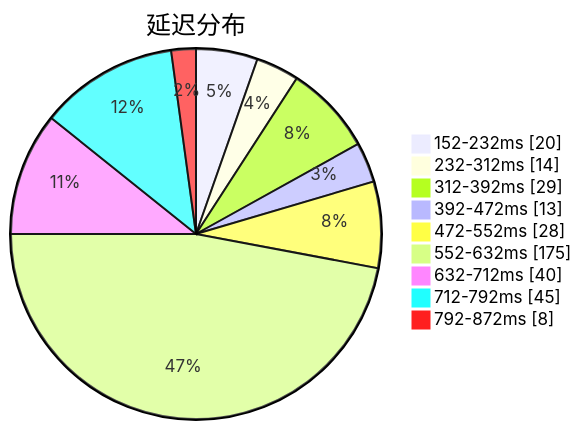
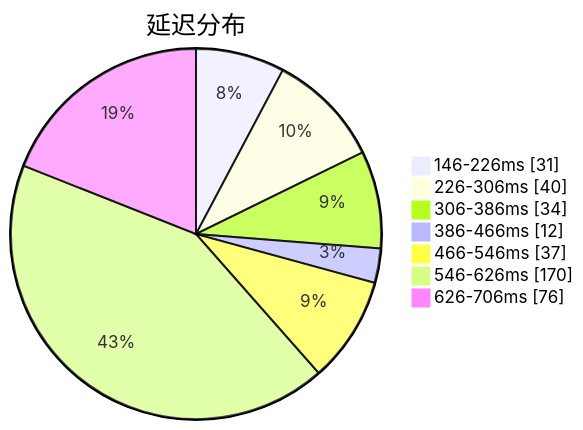
One commit to qjlxg/airport changed the first of 3 diagrams in subs/statistics/tested_within.md. Above: the diagram before and after it, drawn with Mermaid. The commit also changed other lines of this file and 2 other files, not shown here.

Commit message:
Tested by metaST

````diff
--- a/subs/statistics/tested_within.md
+++ b/subs/statistics/tested_within.md
@@ -2,13 +2,11 @@
 ```mermaid
 pie showData
 title 延迟分布
-"152-232ms" : 20
-"232-312ms" : 14
-"312-392ms" : 29
-"392-472ms" : 13
-"472-552ms" : 28
-"552-632ms" : 175
-"632-712ms" : 40
-"712-792ms" : 45
-"792-872ms" : 8
+"146-226ms" : 31
+"226-306ms" : 40
+"306-386ms" : 34
+"386-466ms" : 12
+"466-546ms" : 37
+"546-626ms" : 170
+"626-706ms" : 76
 ```
````
